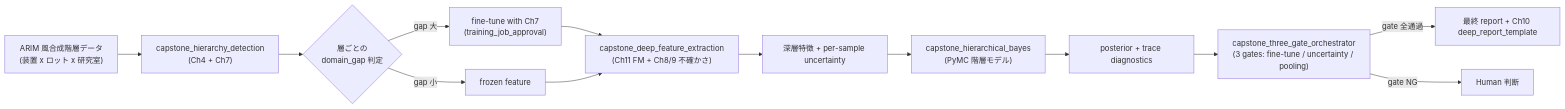
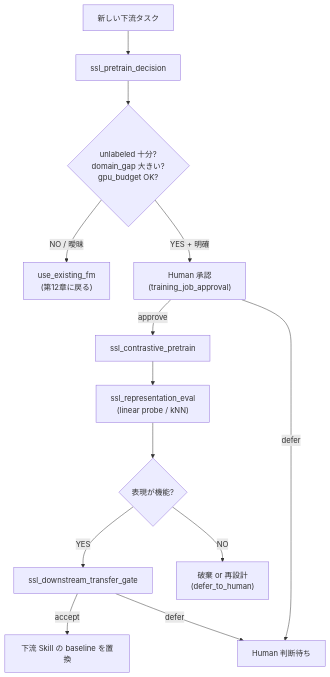
Before and after one commit to nahisaho/ARIMAgentDataAnalysisBook: the diagram in papers/vol-03/chapter-13.md, drawn with Mermaid. The commit also changed other lines of this file and 48 other files, not shown here.

````diff
--- a/papers/vol-03/chapter-13.md
+++ b/papers/vol-03/chapter-13.md
@@ -50,15 +45,15 @@
 ```mermaid
-flowchart LR
-    A["ARIM 風合成階層データ<br/>(装置 x ロット x 研究室)"] --> B["capstone_hierarchy_detection<br/>(Ch4 + Ch7)"]
-    B --> C{"層ごとの<br/>domain_gap 判定"}
-    C -->|"gap 大"| D["fine-tune with Ch7<br/>(training_job_approval)"]
-    C -->|"gap 小"| E["frozen feature"]
-    D --> F["capstone_deep_feature_extraction<br/>(Ch11 FM + Ch8/9 不確かさ)"]
-    E --> F
-    F --> G["深層特徴 + per-sample uncertainty"]
-    G --> H["capstone_hierarchical_bayes<br/>(PyMC 階層モデル)"]
-    H --> I["posterior + trace diagnostics"]
-    I --> J["capstone_three_gate_orchestrator<br/>(3 gates: fine-tune / uncertainty / pooling)"]
-    J -->|"gate 全通過"| K["最終 report + Ch10 deep_report_template"]
-    J -->|"gate NG"| L["Human 判断"]
+flowchart TB
+    A["新しい下流タスク"] --> B["ssl_pretrain_decision"]
+    B --> C{"unlabeled 十分?<br/>domain_gap 大きい?<br/>gpu_budget OK?"}
+    C -->|"NO / 曖昧"| D["use_existing_fm<br/>(第12章に戻る)"]
+    C -->|"YES + 明確"| E["Human 承認<br/>(training_job_approval)"]
+    E -->|"approve"| F["ssl_contrastive_pretrain"]
+    E -->|"defer"| G["Human 判断待ち"]
+    F --> H["ssl_representation_eval<br/>(linear probe / kNN)"]
+    H --> I{"表現が機能?"}
+    I -->|"YES"| J["ssl_downstream_transfer_gate"]
+    I -->|"NO"| K["破棄 or 再設計<br/>(defer_to_human)"]
+    J -->|"accept"| L["下流 Skill の baseline を置換"]
+    J -->|"defer"| G
 ```
````
